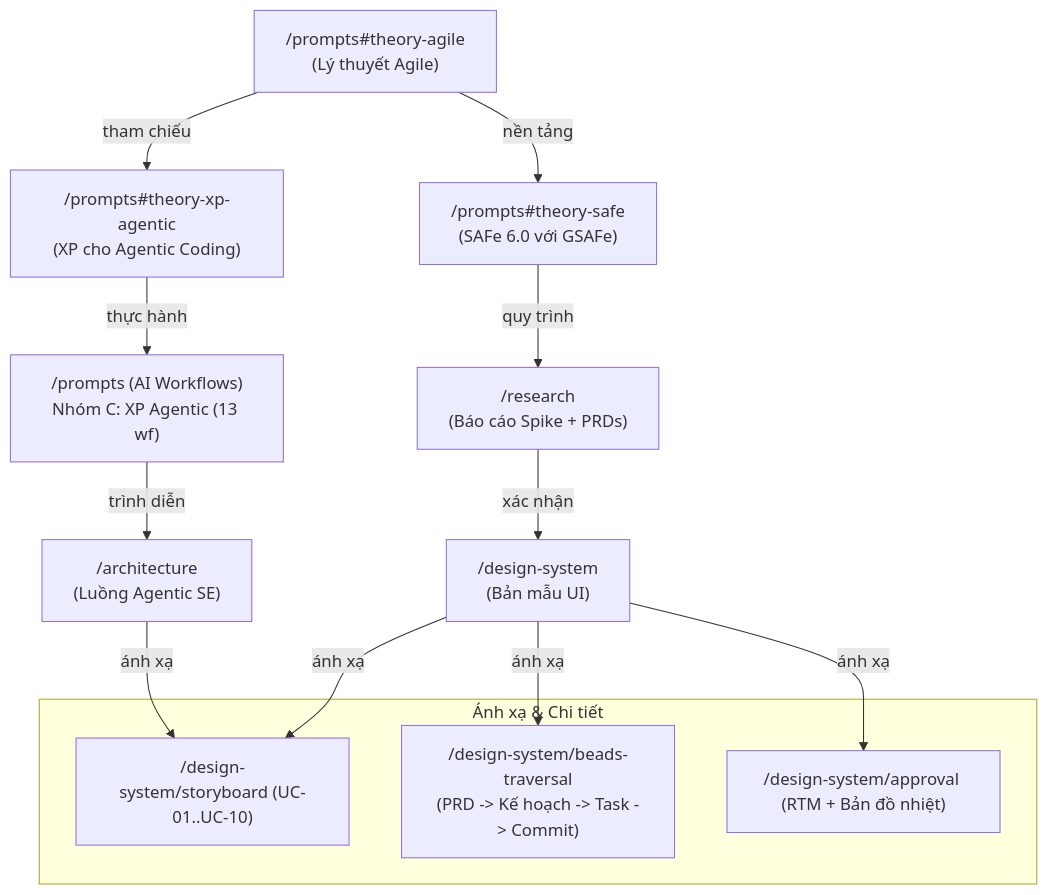
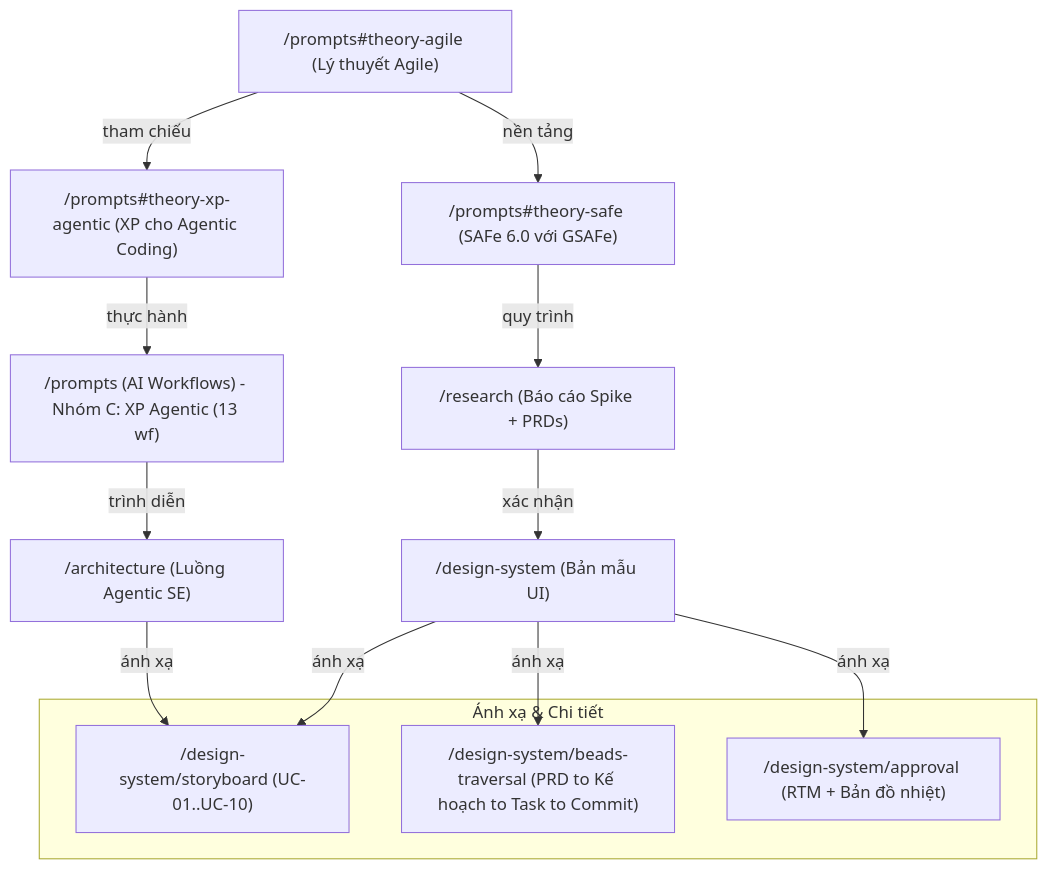
One commit to duyhunghd6/gmind changed diagram 13 of 13 in docs/PRDs/apps-website/PRD-00-Website-Structure.md. Above: the diagram before and after it, drawn with Mermaid. The commit also changed other lines of this file and 1 other file, not shown here.

First line of the commit message:
docs(PRD-00): fix Mermaid diagram syntax errors and remove HTML tags

````diff
--- a/docs/PRDs/apps-website/PRD-00-Website-Structure.md
+++ b/docs/PRDs/apps-website/PRD-00-Website-Structure.md
@@ -585,28 +583,28 @@
 ```mermaid
 graph TD
-    Agile["/prompts#theory-agile<br/>(Lý thuyết Agile)"]
-    XP["/prompts#theory-xp-agentic<br/>(XP cho Agentic Coding)"]
-    Safe["/prompts#theory-safe<br/>(SAFe 6.0 với GSAFe)"]
-    Workflows["/prompts (AI Workflows)<br/>Nhóm C: XP Agentic (13 wf)"]
-    Research["/research<br/>(Báo cáo Spike + PRDs)"]
-    Arch["/architecture<br/>(Luồng Agentic SE)"]
-    DS["/design-system<br/>(Bản mẫu UI)"]
+    Agile["/prompts#theory-agile (Lý thuyết Agile)"]
+    XP["/prompts#theory-xp-agentic (XP cho Agentic Coding)"]
+    Safe["/prompts#theory-safe (SAFe 6.0 với GSAFe)"]
+    Workflows["/prompts (AI Workflows) - Nhóm C: XP Agentic (13 wf)"]
+    Research["/research (Báo cáo Spike + PRDs)"]
+    Arch["/architecture (Luồng Agentic SE)"]
+    DS["/design-system (Bản mẫu UI)"]
     
     subgraph DS_Mappings["Ánh xạ & Chi tiết"]
         Storyboards["/design-system/storyboard (UC-01..UC-10)"]
-        Beads["/design-system/beads-traversal<br/>(PRD -> Kế hoạch -> Task -> Commit)"]
+        Beads["/design-system/beads-traversal (PRD to Kế hoạch to Task to Commit)"]
         Approval["/design-system/approval (RTM + Bản đồ nhiệt)"]
     end
 
     Agile -->|tham chiếu| XP
     Agile -->|nền tảng| Safe
     XP -->|thực hành| Workflows
     Safe -->|quy trình| Research
     Workflows -->|trình diễn| Arch
     Research -->|xác nhận| DS
     
     Arch -->|ánh xạ| Storyboards
     DS -->|ánh xạ| Storyboards
     DS -->|ánh xạ| Beads
     DS -->|ánh xạ| Approval
 ```
````
